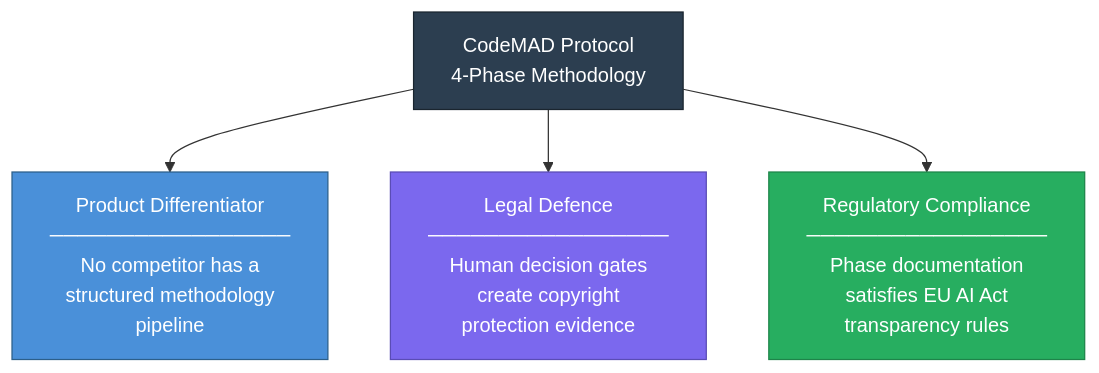
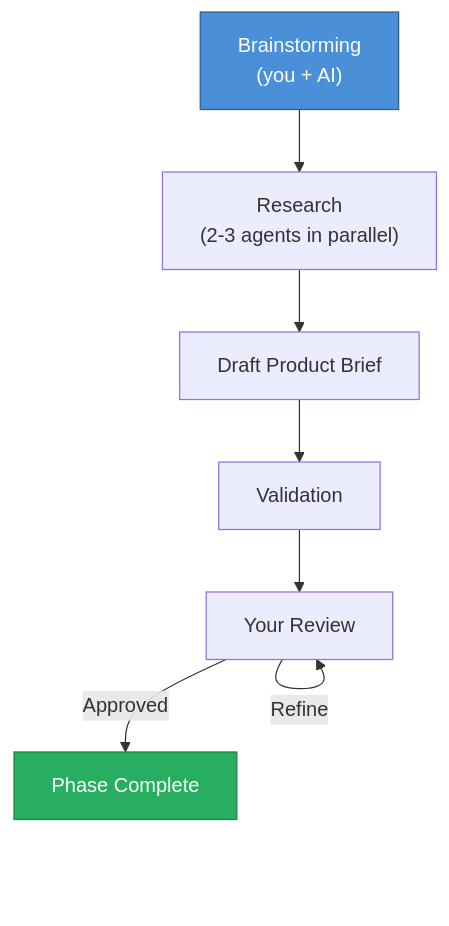
Before and after one commit to costa-marcello/CodeMAD: the second of 5 diagrams in README.md, drawn with Mermaid. The commit also changed other lines of this file, not shown here.

````diff
--- a/README.md
+++ b/README.md
@@ -97,12 +115,12 @@
 ```mermaid
 flowchart TD
-    P["CodeMAD Protocol\n4-Phase Methodology"]
-    P --> D["Product Differentiator\n─────────────────\nNo competitor has a\nstructured methodology\npipeline"]
-    P --> L["Legal Defence\n─────────────────\nHuman decision gates\ncreate copyright\nprotection evidence"]
-    P --> R["Regulatory Compliance\n─────────────────\nPhase documentation\nsatisfies EU AI Act\ntransparency rules"]
+    A["Brainstorming\n(you + AI)"] --> B["Research\n(2-3 agents in parallel)"]
+    B --> C["Draft Product Brief"]
+    C --> D["Validation"]
+    D --> E["Your Review"]
+    E -->|Approved| F["Phase Complete"]
+    E -->|Refine| E
 
-    style P fill:#2C3E50,stroke:#1A252F,color:#fff
-    style D fill:#4A90D9,stroke:#2C5F8A,color:#fff
-    style L fill:#7B68EE,stroke:#5A4CB5,color:#fff
-    style R fill:#27AE60,stroke:#1E8449,color:#fff
+    style A fill:#4A90D9,stroke:#2C5F8A,color:#fff
+    style F fill:#27AE60,stroke:#1E8449,color:#fff
 ```
````
